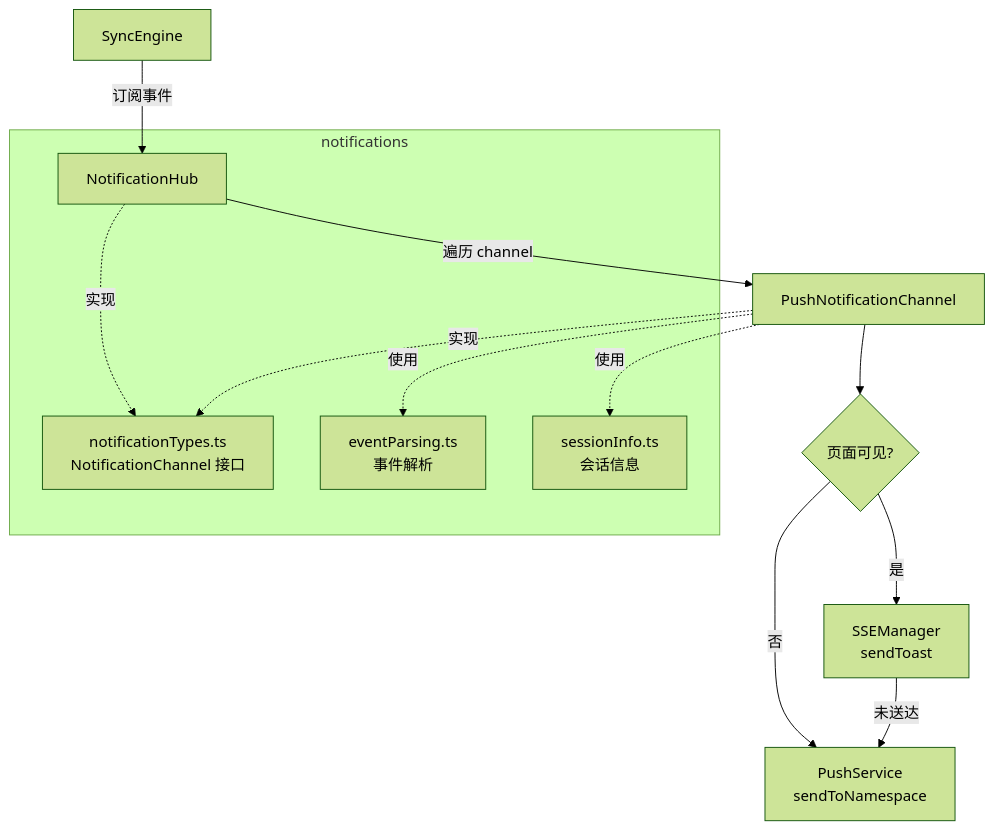
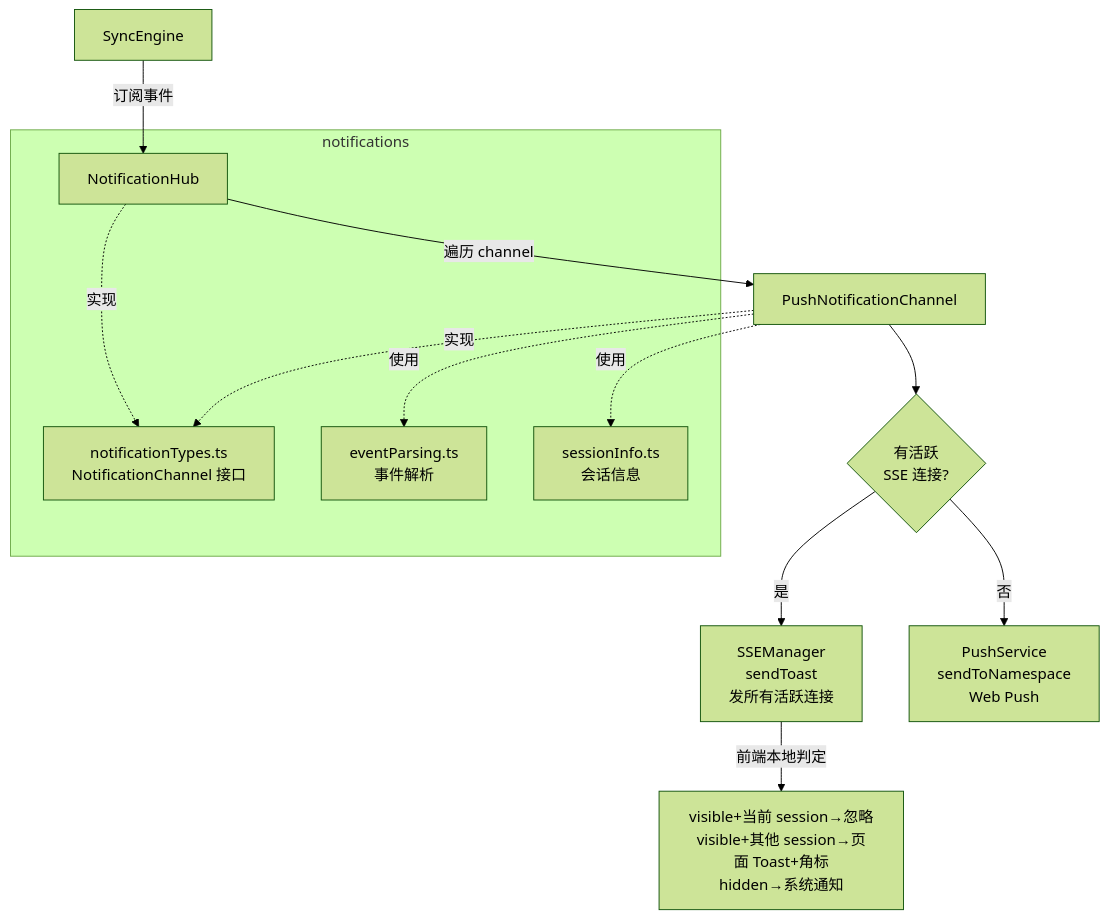
The first of 3 diagrams in docs/architecture/hub/notification/README.md (ModuBit/mobi), drawn with Mermaid (forest theme) before and after one commit. The commit also changed other lines of this file and 6 other files, not shown here.

````diff
--- a/docs/architecture/hub/notification/README.md
+++ b/docs/architecture/hub/notification/README.md
@@ -13,21 +13,21 @@
 ```mermaid
 flowchart TB
     SE[SyncEngine] -->|订阅事件| NH[NotificationHub]
     NH -->|遍历 channel| PNC[PushNotificationChannel]
-    PNC --> VT{页面可见?}
-    VT -->|是| SSE[SSEManager<br/>sendToast]
-    VT -->|否| PS[PushService<br/>sendToNamespace]
-    SSE -->|未送达| PS
+    PNC --> Active{有活跃<br/>SSE 连接?}
+    Active -->|是| SSE[SSEManager<br/>sendToast<br/>发所有活跃连接]
+    Active -->|否| PS[PushService<br/>sendToNamespace<br/>Web Push]
+    SSE -->|前端本地判定| Branch[visible+当前 session→忽略<br/>visible+其他 session→页面 Toast+角标<br/>hidden→系统通知]
 
     subgraph notifications
         NH
         Types[notificationTypes.ts<br/>NotificationChannel 接口]
         EP[eventParsing.ts<br/>事件解析]
         SI[sessionInfo.ts<br/>会话信息]
     end
 
     PNC -.->|使用| SI
     PNC -.->|使用| EP
     NH -.->|实现| Types
     PNC -.->|实现| Types
 ```
````
